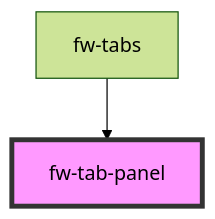
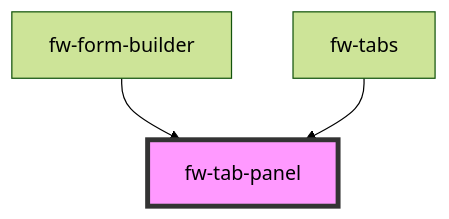
The diagram in packages/crayons-core/src/components/tab-panel/readme.md (freshworks/crayons), drawn with Mermaid (forest theme) before and after one commit. The commit also changed other lines of this file and 25 other files, not shown here.

Commit message:
feat(formm-builder): form builder components

````diff
--- a/packages/crayons-core/src/components/tab-panel/readme.md
+++ b/packages/crayons-core/src/components/tab-panel/readme.md
@@ -53,5 +54,6 @@
 ```mermaid
 graph TD;
+  fw-form-builder --> fw-tab-panel
   fw-tabs --> fw-tab-panel
   style fw-tab-panel fill:#f9f,stroke:#333,stroke-width:4px
 ```
````
